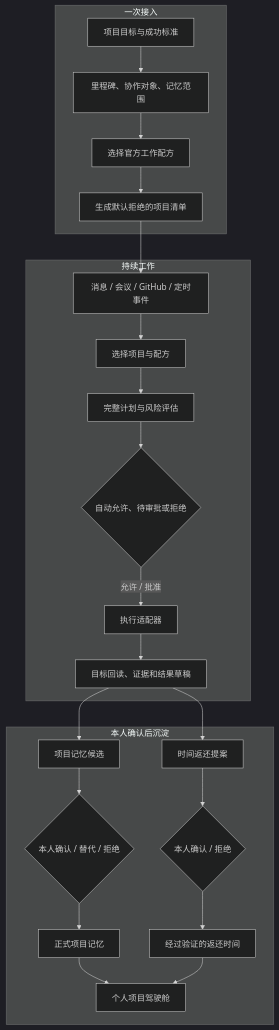
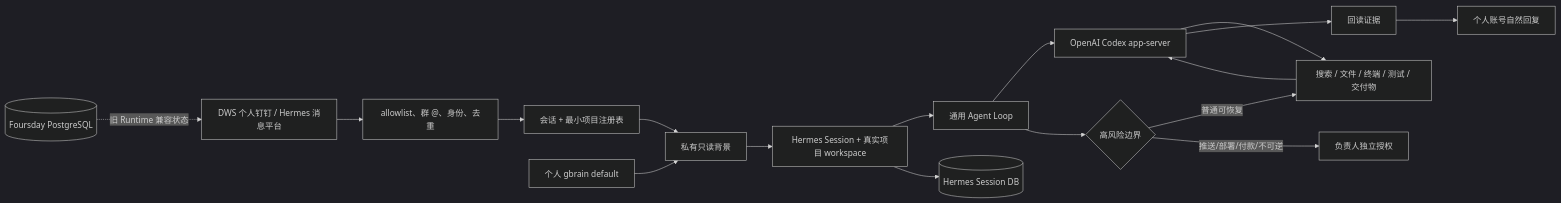
One commit to ruiwang20010702/ai-employee changed the diagram in docs/设计总览.md. Above: the diagram before and after it, drawn with Mermaid (dark theme). The commit also changed other lines of this file and 70 other files, not shown here.

````diff
--- a/docs/设计总览.md
+++ b/docs/设计总览.md
@@ -133,26 +28,22 @@
 ```mermaid
-flowchart TD
-    subgraph SETUP["一次接入"]
-      A["项目目标与成功标准"] --> B["里程碑、协作对象、记忆范围"]
-      B --> C["选择官方工作配方"]
-      C --> D["生成默认拒绝的项目清单"]
-    end
-    subgraph RUN["持续工作"]
-      E["消息 / 会议 / GitHub / 定时事件"] --> F["选择项目与配方"]
-      F --> G["完整计划与风险评估"]
-      G --> H{"自动允许、待审批或拒绝"}
-      H -->|"允许 / 批准"| I["执行适配器"]
-      I --> J["目标回读、证据和结果草稿"]
-    end
-    subgraph LEARN["本人确认后沉淀"]
-      J --> K["项目记忆候选"]
-      J --> L["时间返还提案"]
-      K --> M{"本人确认 / 替代 / 拒绝"}
-      L --> N{"本人确认 / 拒绝"}
-      M --> O["正式项目记忆"]
-      N --> P["经过验证的返还时间"]
-      O --> Q["个人项目驾驶舱"]
-      P --> Q
-    end
-    D --> E
+flowchart LR
+    MSG["DWS 个人钉钉 / Hermes 消息平台"] --> TRUST["allowlist、群 @、身份、去重"]
+    TRUST --> ROUTE["会话 + 最小项目注册表"]
+    GB["个人 gbrain default"] --> CONTEXT["私有只读背景"]
+    ROUTE --> CONTEXT
+    CONTEXT --> SESSION["Hermes Session + 真实项目 workspace"]
+    SESSION --> LOOP["通用 Agent Loop"]
+    LOOP --> CODEX["OpenAI Codex app-server"]
+    CODEX --> TOOLS["搜索 / 文件 / 终端 / 测试 / 交付物"]
+    TOOLS --> CODEX
+    CODEX --> VERIFY["回读证据"]
+    VERIFY --> REPLY["个人账号自然回复"]
+
+    LOOP --> BOUNDARY{"高风险边界"}
+    BOUNDARY -->|"普通可恢复"| TOOLS
+    BOUNDARY -->|"推送/部署/付款/不可逆"| OWNER["负责人独立授权"]
+
+    SESSION --> HDB[("Hermes Session DB")]
+    LEGACY[("Foursday PostgreSQL")]
+    LEGACY -. "旧 Runtime 兼容状态" .-> MSG
 ```
````
